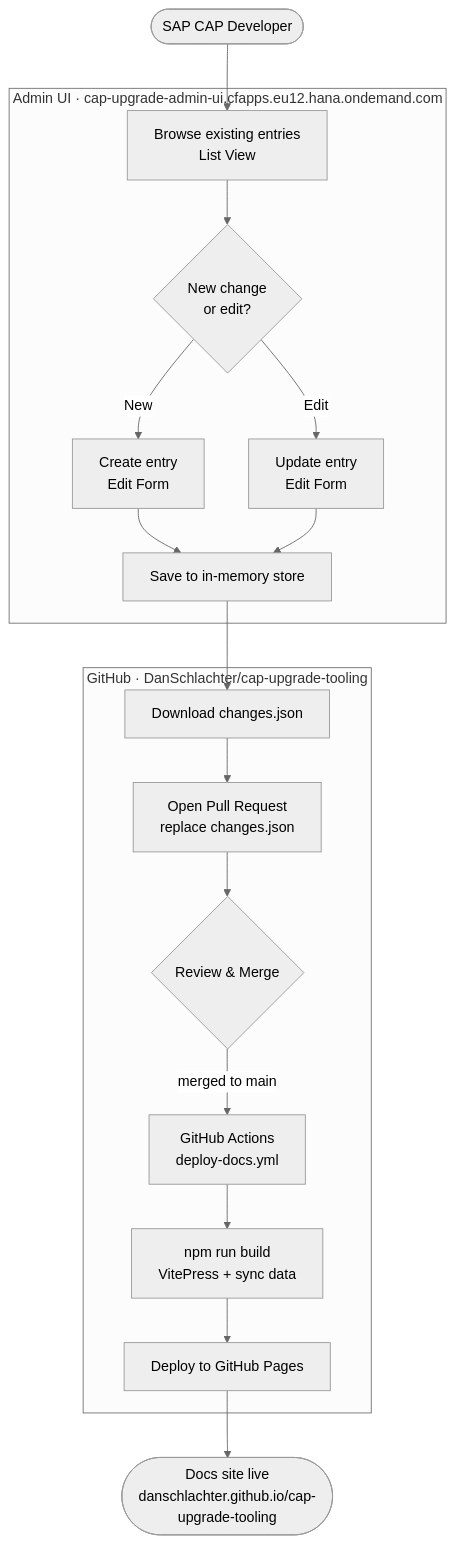
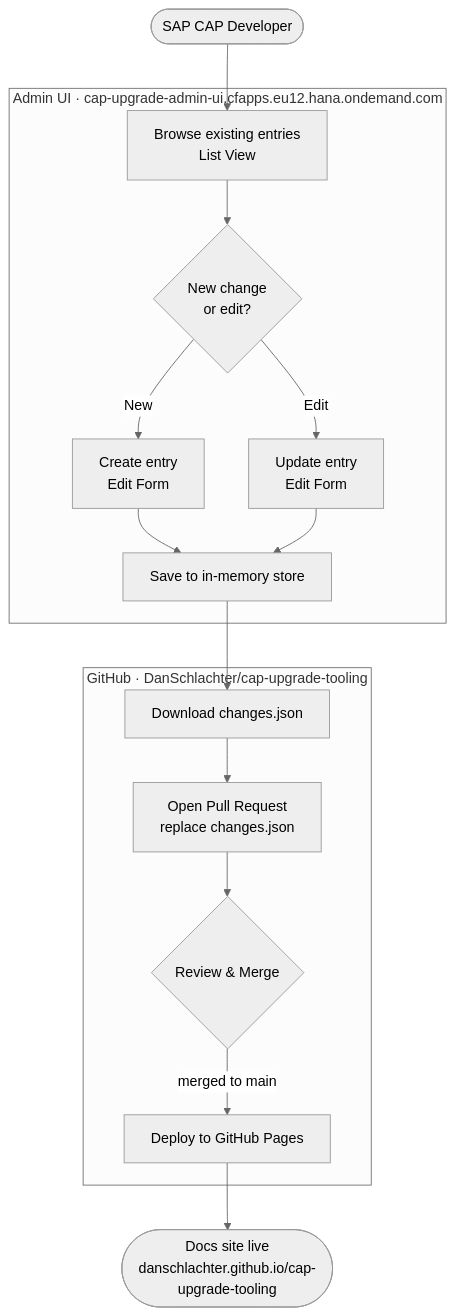
One commit to DanSchlachter/cap-upgrade-tooling changed the first of 3 diagrams in docs-site/docs/how-it-works.md. Above: the diagram before and after it, drawn with Mermaid (neutral theme). The commit also changed other lines of this file, not shown here.

Commit message:
Fix Mermaid diagrams: remove CI nodes, replace \n with <br/>

````diff
--- a/docs-site/docs/how-it-works.md
+++ b/docs-site/docs/how-it-works.md
@@ -15,25 +15,23 @@
 ```mermaid
 flowchart TD
     A([SAP CAP Developer]) --> B
 
     subgraph ADMIN ["Admin UI · cap-upgrade-admin-ui.cfapps.eu12.hana.ondemand.com"]
-        B[Browse existing entries\nList View]
-        B --> C{New change\nor edit?}
-        C -->|New| D[Create entry\nEdit Form]
-        C -->|Edit| E[Update entry\nEdit Form]
+        B[Browse existing entries<br/>List View]
+        B --> C{New change<br/>or edit?}
+        C -->|New| D[Create entry<br/>Edit Form]
+        C -->|Edit| E[Update entry<br/>Edit Form]
         D --> F[Save to in-memory store]
         E --> F
     end
 
     F --> G[Download changes.json]
 
     subgraph GH ["GitHub · DanSchlachter/cap-upgrade-tooling"]
-        G --> H[Open Pull Request\nreplace changes.json]
+        G --> H[Open Pull Request<br/>replace changes.json]
         H --> I{Review & Merge}
-        I -->|merged to main| J[GitHub Actions\ndeploy-docs.yml]
-        J --> K[npm run build\nVitePress + sync data]
-        K --> L[Deploy to GitHub Pages]
+        I -->|merged to main| L[Deploy to GitHub Pages]
     end
 
-    L --> M([Docs site live\ndanschlachter.github.io/cap-upgrade-tooling])
+    L --> M([Docs site live<br/>danschlachter.github.io/cap-upgrade-tooling])
 ```
````
